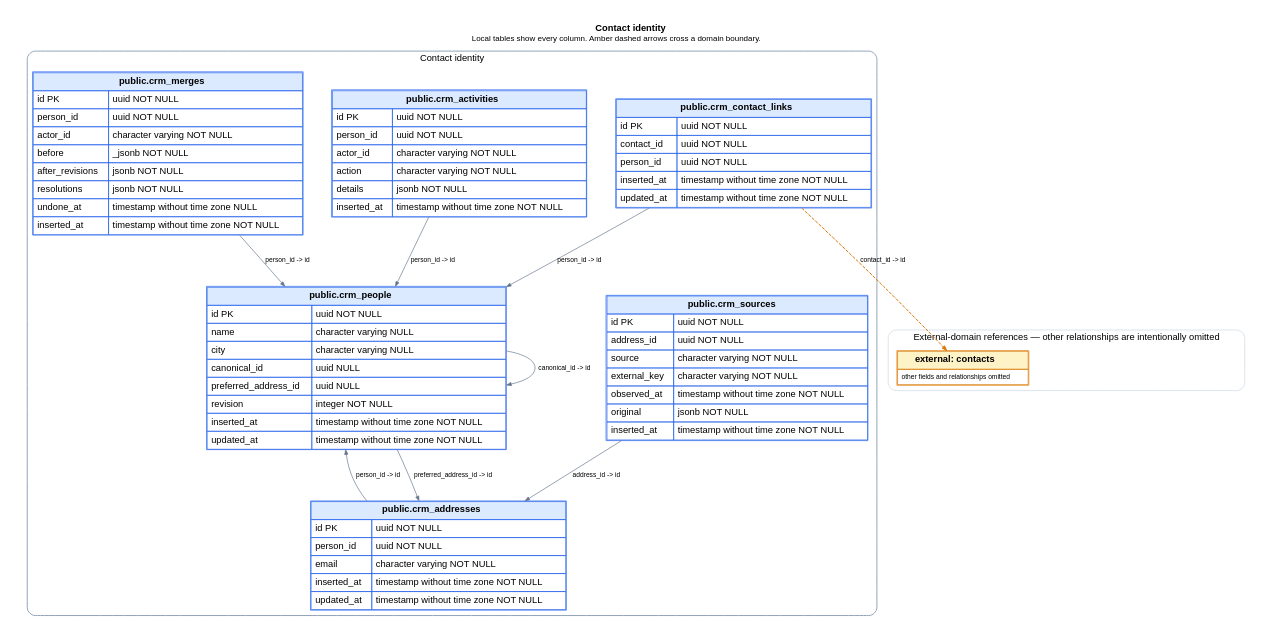
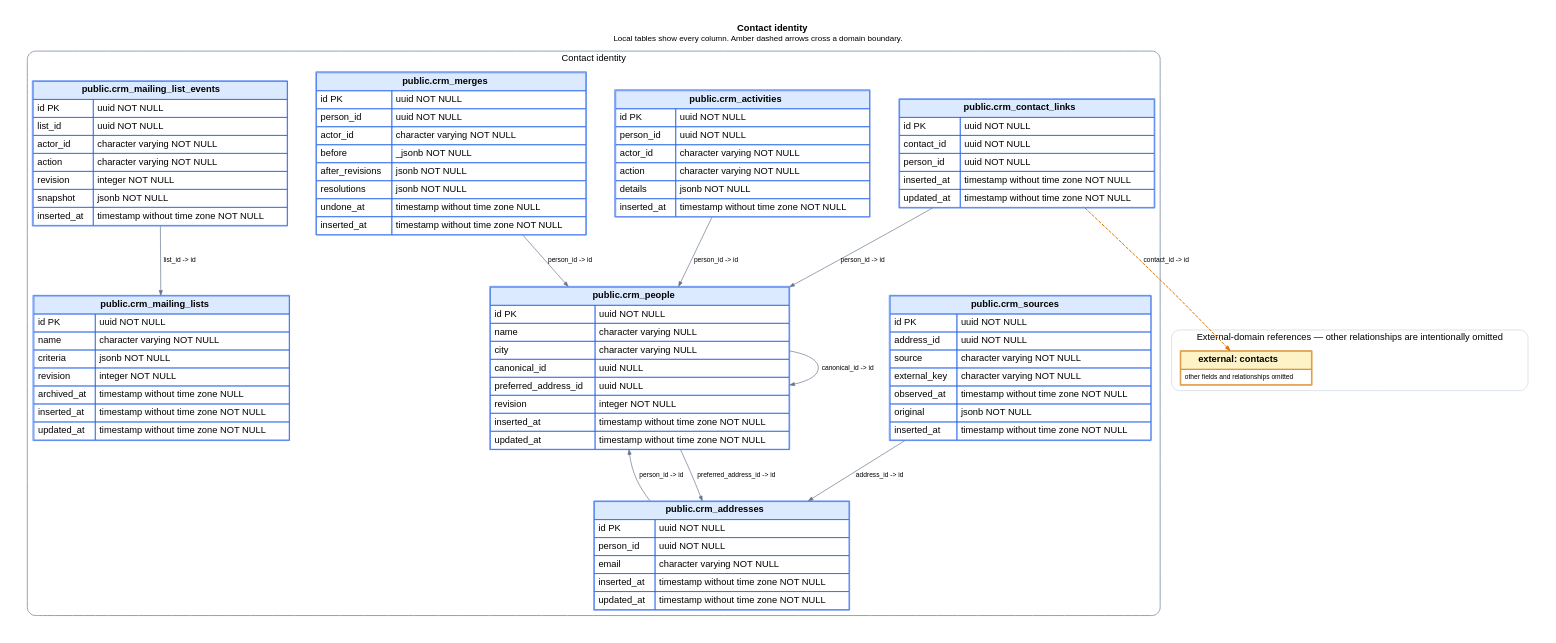
One commit to ogourment/pauseai.ca-website changed the diagram in docs/schema/domains/crm.dot. Above: the diagram before and after it, drawn with Graphviz. The commit also changed 25 other files, not shown here.

Commit message:
Add dynamic named newsletter lists and whole-list composition

```diff
--- a/docs/schema/domains/crm.dot
+++ b/docs/schema/domains/crm.dot
@@ -1,79 +1,94 @@
 digraph crm {
   graph [rankdir=TB, bgcolor="white", pad=0.35, nodesep=0.6, ranksep=0.9, fontname="Helvetica"];
   node [shape=plain, fontname="Helvetica"];
   edge [fontname="Helvetica", fontsize=10, arrowsize=0.7];
   labelloc="t";
   label=< <B>Contact identity</B><BR/><FONT POINT-SIZE="12">Local tables show every column. Amber dashed arrows cross a domain boundary.</FONT> >;
 
   subgraph cluster_local {
     label="Contact identity";
     color="#94a3b8";
     penwidth=1.5;
     style="rounded";
   "crm_people" [label=<
     <TABLE BORDER="1" CELLBORDER="1" CELLSPACING="0" CELLPADDING="5" COLOR="#2563eb">
       <TR><TD BGCOLOR="#dbeafe" COLSPAN="2"><B>public.crm_people</B></TD></TR>
       <TR><TD ALIGN="LEFT">id PK</TD><TD ALIGN="LEFT">uuid NOT NULL</TD></TR><TR><TD ALIGN="LEFT">name</TD><TD ALIGN="LEFT">character varying NULL</TD></TR><TR><TD ALIGN="LEFT">city</TD><TD ALIGN="LEFT">character varying NULL</TD></TR><TR><TD ALIGN="LEFT">canonical_id</TD><TD ALIGN="LEFT">uuid NULL</TD></TR><TR><TD ALIGN="LEFT">preferred_address_id</TD><TD ALIGN="LEFT">uuid NULL</TD></TR><TR><TD ALIGN="LEFT">revision</TD><TD ALIGN="LEFT">integer NOT NULL</TD></TR><TR><TD ALIGN="LEFT">inserted_at</TD><TD ALIGN="LEFT">timestamp without time zone NOT NULL</TD></TR><TR><TD ALIGN="LEFT">updated_at</TD><TD ALIGN="LEFT">timestamp without time zone NOT NULL</TD></TR>
     </TABLE>
   >];
 
   "crm_addresses" [label=<
     <TABLE BORDER="1" CELLBORDER="1" CELLSPACING="0" CELLPADDING="5" COLOR="#2563eb">
       <TR><TD BGCOLOR="#dbeafe" COLSPAN="2"><B>public.crm_addresses</B></TD></TR>
       <TR><TD ALIGN="LEFT">id PK</TD><TD ALIGN="LEFT">uuid NOT NULL</TD></TR><TR><TD ALIGN="LEFT">person_id</TD><TD ALIGN="LEFT">uuid NOT NULL</TD></TR><TR><TD ALIGN="LEFT">email</TD><TD ALIGN="LEFT">character varying NOT NULL</TD></TR><TR><TD ALIGN="LEFT">inserted_at</TD><TD ALIGN="LEFT">timestamp without time zone NOT NULL</TD></TR><TR><TD ALIGN="LEFT">updated_at</TD><TD ALIGN="LEFT">timestamp without time zone NOT NULL</TD></TR>
     </TABLE>
   >];
 
   "crm_sources" [label=<
     <TABLE BORDER="1" CELLBORDER="1" CELLSPACING="0" CELLPADDING="5" COLOR="#2563eb">
       <TR><TD BGCOLOR="#dbeafe" COLSPAN="2"><B>public.crm_sources</B></TD></TR>
       <TR><TD ALIGN="LEFT">id PK</TD><TD ALIGN="LEFT">uuid NOT NULL</TD></TR><TR><TD ALIGN="LEFT">address_id</TD><TD ALIGN="LEFT">uuid NOT NULL</TD></TR><TR><TD ALIGN="LEFT">source</TD><TD ALIGN="LEFT">character varying NOT NULL</TD></TR><TR><TD ALIGN="LEFT">external_key</TD><TD ALIGN="LEFT">character varying NOT NULL</TD></TR><TR><TD ALIGN="LEFT">observed_at</TD><TD ALIGN="LEFT">timestamp without time zone NOT NULL</TD></TR><TR><TD ALIGN="LEFT">original</TD><TD ALIGN="LEFT">jsonb NOT NULL</TD></TR><TR><TD ALIGN="LEFT">inserted_at</TD><TD ALIGN="LEFT">timestamp without time zone NOT NULL</TD></TR>
     </TABLE>
   >];
 
   "crm_activities" [label=<
     <TABLE BORDER="1" CELLBORDER="1" CELLSPACING="0" CELLPADDING="5" COLOR="#2563eb">
       <TR><TD BGCOLOR="#dbeafe" COLSPAN="2"><B>public.crm_activities</B></TD></TR>
       <TR><TD ALIGN="LEFT">id PK</TD><TD ALIGN="LEFT">uuid NOT NULL</TD></TR><TR><TD ALIGN="LEFT">person_id</TD><TD ALIGN="LEFT">uuid NOT NULL</TD></TR><TR><TD ALIGN="LEFT">actor_id</TD><TD ALIGN="LEFT">character varying NOT NULL</TD></TR><TR><TD ALIGN="LEFT">action</TD><TD ALIGN="LEFT">character varying NOT NULL</TD></TR><TR><TD ALIGN="LEFT">details</TD><TD ALIGN="LEFT">jsonb NOT NULL</TD></TR><TR><TD ALIGN="LEFT">inserted_at</TD><TD ALIGN="LEFT">timestamp without time zone NOT NULL</TD></TR>
     </TABLE>
   >];
 
   "crm_merges" [label=<
     <TABLE BORDER="1" CELLBORDER="1" CELLSPACING="0" CELLPADDING="5" COLOR="#2563eb">
       <TR><TD BGCOLOR="#dbeafe" COLSPAN="2"><B>public.crm_merges</B></TD></TR>
       <TR><TD ALIGN="LEFT">id PK</TD><TD ALIGN="LEFT">uuid NOT NULL</TD></TR><TR><TD ALIGN="LEFT">person_id</TD><TD ALIGN="LEFT">uuid NOT NULL</TD></TR><TR><TD ALIGN="LEFT">actor_id</TD><TD ALIGN="LEFT">character varying NOT NULL</TD></TR><TR><TD ALIGN="LEFT">before</TD><TD ALIGN="LEFT">_jsonb NOT NULL</TD></TR><TR><TD ALIGN="LEFT">after_revisions</TD><TD ALIGN="LEFT">jsonb NOT NULL</TD></TR><TR><TD ALIGN="LEFT">resolutions</TD><TD ALIGN="LEFT">jsonb NOT NULL</TD></TR><TR><TD ALIGN="LEFT">undone_at</TD><TD ALIGN="LEFT">timestamp without time zone NULL</TD></TR><TR><TD ALIGN="LEFT">inserted_at</TD><TD ALIGN="LEFT">timestamp without time zone NOT NULL</TD></TR>
     </TABLE>
   >];
 
   "crm_contact_links" [label=<
     <TABLE BORDER="1" CELLBORDER="1" CELLSPACING="0" CELLPADDING="5" COLOR="#2563eb">
       <TR><TD BGCOLOR="#dbeafe" COLSPAN="2"><B>public.crm_contact_links</B></TD></TR>
       <TR><TD ALIGN="LEFT">id PK</TD><TD ALIGN="LEFT">uuid NOT NULL</TD></TR><TR><TD ALIGN="LEFT">contact_id</TD><TD ALIGN="LEFT">uuid NOT NULL</TD></TR><TR><TD ALIGN="LEFT">person_id</TD><TD ALIGN="LEFT">uuid NOT NULL</TD></TR><TR><TD ALIGN="LEFT">inserted_at</TD><TD ALIGN="LEFT">timestamp without time zone NOT NULL</TD></TR><TR><TD ALIGN="LEFT">updated_at</TD><TD ALIGN="LEFT">timestamp without time zone NOT NULL</TD></TR>
     </TABLE>
   >];
 
+  "crm_mailing_lists" [label=<
+    <TABLE BORDER="1" CELLBORDER="1" CELLSPACING="0" CELLPADDING="5" COLOR="#2563eb">
+      <TR><TD BGCOLOR="#dbeafe" COLSPAN="2"><B>public.crm_mailing_lists</B></TD></TR>
+      <TR><TD ALIGN="LEFT">id PK</TD><TD ALIGN="LEFT">uuid NOT NULL</TD></TR><TR><TD ALIGN="LEFT">name</TD><TD ALIGN="LEFT">character varying NOT NULL</TD></TR><TR><TD ALIGN="LEFT">criteria</TD><TD ALIGN="LEFT">jsonb NOT NULL</TD></TR><TR><TD ALIGN="LEFT">revision</TD><TD ALIGN="LEFT">integer NOT NULL</TD></TR><TR><TD ALIGN="LEFT">archived_at</TD><TD ALIGN="LEFT">timestamp without time zone NULL</TD></TR><TR><TD ALIGN="LEFT">inserted_at</TD><TD ALIGN="LEFT">timestamp without time zone NOT NULL</TD></TR><TR><TD ALIGN="LEFT">updated_at</TD><TD ALIGN="LEFT">timestamp without time zone NOT NULL</TD></TR>
+    </TABLE>
+  >];
+
+  "crm_mailing_list_events" [label=<
+    <TABLE BORDER="1" CELLBORDER="1" CELLSPACING="0" CELLPADDING="5" COLOR="#2563eb">
+      <TR><TD BGCOLOR="#dbeafe" COLSPAN="2"><B>public.crm_mailing_list_events</B></TD></TR>
+      <TR><TD ALIGN="LEFT">id PK</TD><TD ALIGN="LEFT">uuid NOT NULL</TD></TR><TR><TD ALIGN="LEFT">list_id</TD><TD ALIGN="LEFT">uuid NOT NULL</TD></TR><TR><TD ALIGN="LEFT">actor_id</TD><TD ALIGN="LEFT">character varying NOT NULL</TD></TR><TR><TD ALIGN="LEFT">action</TD><TD ALIGN="LEFT">character varying NOT NULL</TD></TR><TR><TD ALIGN="LEFT">revision</TD><TD ALIGN="LEFT">integer NOT NULL</TD></TR><TR><TD ALIGN="LEFT">snapshot</TD><TD ALIGN="LEFT">jsonb NOT NULL</TD></TR><TR><TD ALIGN="LEFT">inserted_at</TD><TD ALIGN="LEFT">timestamp without time zone NOT NULL</TD></TR>
+    </TABLE>
+  >];
+
   }
 
   subgraph cluster_external {
     label="External-domain references — other relationships are intentionally omitted";
     color="#cbd5e1";
     penwidth=1;
     style="rounded";
   "contacts" [label=<
     <TABLE BORDER="1" CELLBORDER="1" CELLSPACING="0" CELLPADDING="5" COLOR="#d97706">
       <TR><TD BGCOLOR="#fef3c7"><B>external: contacts</B></TD></TR>
       <TR><TD><FONT POINT-SIZE="10">other fields and relationships omitted</FONT></TD></TR>
     </TABLE>
   >];
 
   }
 
   "crm_activities" -> "crm_people" [label="person_id -> id", color="#64748b"];
   "crm_addresses" -> "crm_people" [label="person_id -> id", color="#64748b"];
   "crm_contact_links" -> "contacts" [label="contact_id -> id", color="#d97706", style="dashed", penwidth=1.5];
   "crm_contact_links" -> "crm_people" [label="person_id -> id", color="#64748b"];
+  "crm_mailing_list_events" -> "crm_mailing_lists" [label="list_id -> id", color="#64748b"];
   "crm_merges" -> "crm_people" [label="person_id -> id", color="#64748b"];
   "crm_people" -> "crm_people" [label="canonical_id -> id", color="#64748b"];
   "crm_people" -> "crm_addresses" [label="preferred_address_id -> id", color="#64748b"];
   "crm_sources" -> "crm_addresses" [label="address_id -> id", color="#64748b"];
 }
```
